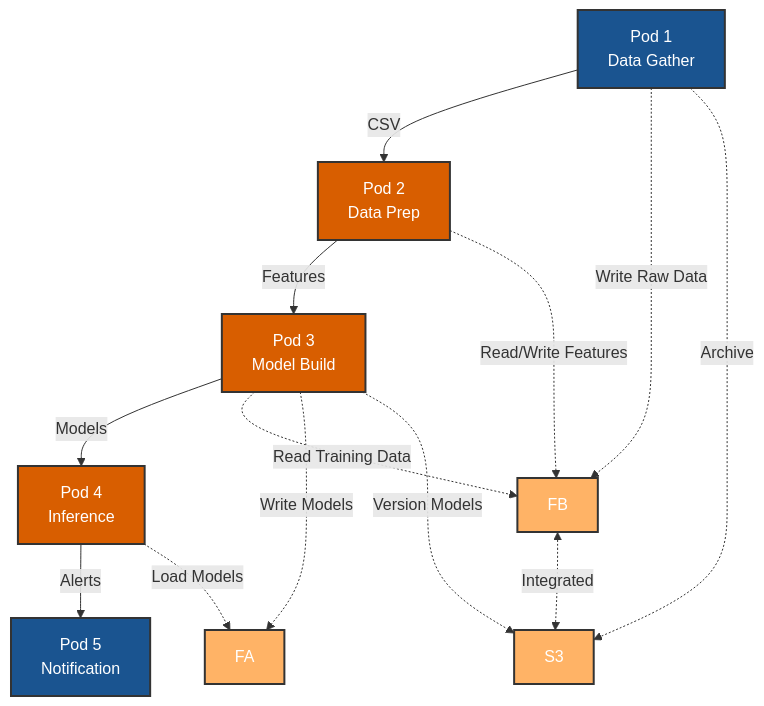
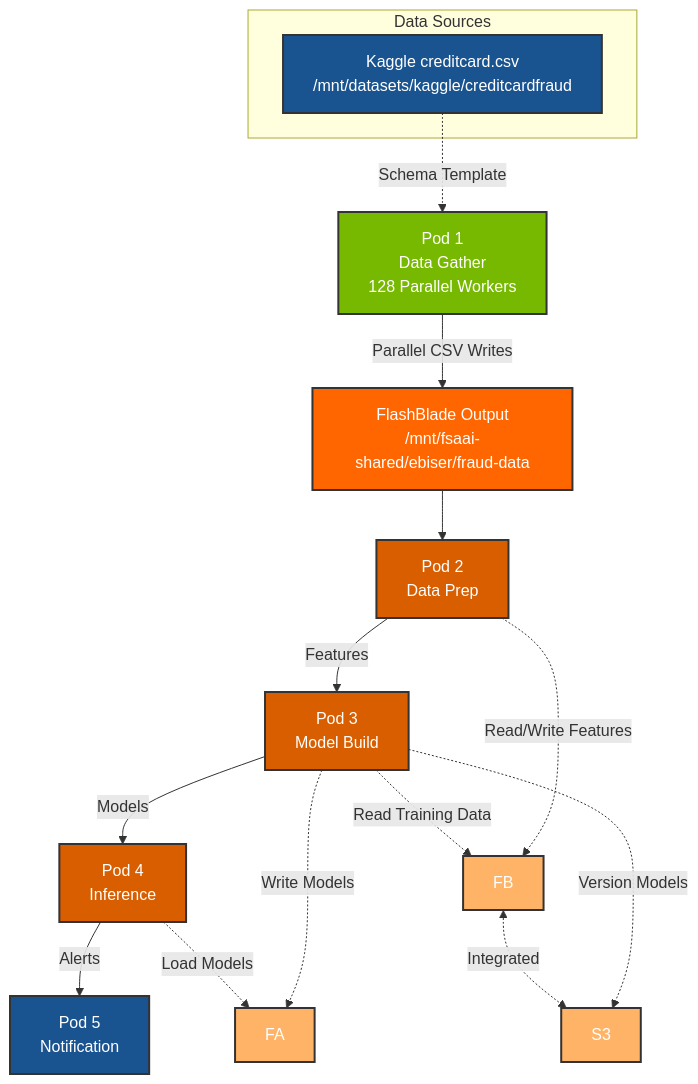
The diagram in README.md (PureStorage-OpenConnect/fraud-detection-demo), drawn with Mermaid before and after one commit. The commit also changed other lines of this file and 7 other files, not shown here.

````diff
--- a/README.md
+++ b/README.md
@@ -19,25 +21,32 @@
 ```mermaid
 graph TB
-    A[Pod 1<br/>Data Gather] -->|CSV| C[Pod 2<br/>Data Prep]
+    subgraph "Data Sources"
+        KAGGLE[Kaggle creditcard.csv<br/>/mnt/datasets/kaggle/creditcardfraud]
+    end
+    
+    A[Pod 1<br/>Data Gather<br/>128 Parallel Workers] -->|Parallel CSV Writes| FB_OUT
+    KAGGLE -.->|Schema Template| A
+    
+    FB_OUT[FlashBlade Output<br/>/mnt/fsaai-shared/ebiser/fraud-data] --> C[Pod 2<br/>Data Prep]
     C -->|Features| D[Pod 3<br/>Model Build]
     D -->|Models| E[Pod 4<br/>Inference]
     E -->|Alerts| F[Pod 5<br/>Notification]
     
-    A -.->|Write Raw Data| FB
-    A -.->|Archive| S3
     C -.->|Read/Write Features| FB
     D -.->|Read Training Data| FB
     D -.->|Write Models| FA
     D -.->|Version Models| S3
     E -.->|Load Models| FA
     FB <-.->|Integrated| S3
     
-    style A fill:#1a5490,stroke:#333,stroke-width:2px,color:#fff
+    style A fill:#76B900,stroke:#333,stroke-width:2px,color:#fff
+    style KAGGLE fill:#1a5490,stroke:#333,stroke-width:2px,color:#fff
+    style FB_OUT fill:#FF6600,stroke:#333,stroke-width:2px,color:#fff
     style C fill:#d85e00,stroke:#333,stroke-width:2px,color:#fff
     style D fill:#d85e00,stroke:#333,stroke-width:2px,color:#fff
     style E fill:#d85e00,stroke:#333,stroke-width:2px,color:#fff
     style F fill:#1a5490,stroke:#333,stroke-width:2px,color:#fff
     style FA fill:#ffb366,stroke:#333,stroke-width:2px,color:#fff
     style FB fill:#ffb366,stroke:#333,stroke-width:2px,color:#fff
     style S3 fill:#ffb366,stroke:#333,stroke-width:2px,color:#fff
 ```
````
